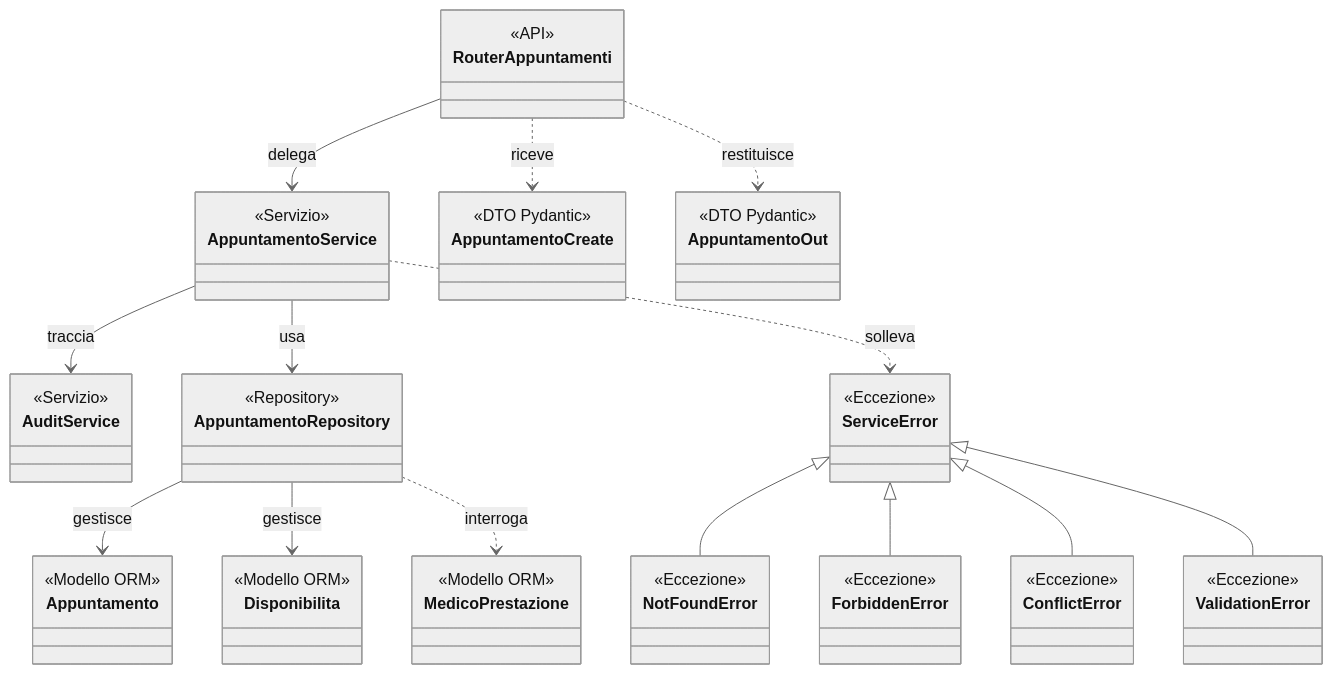
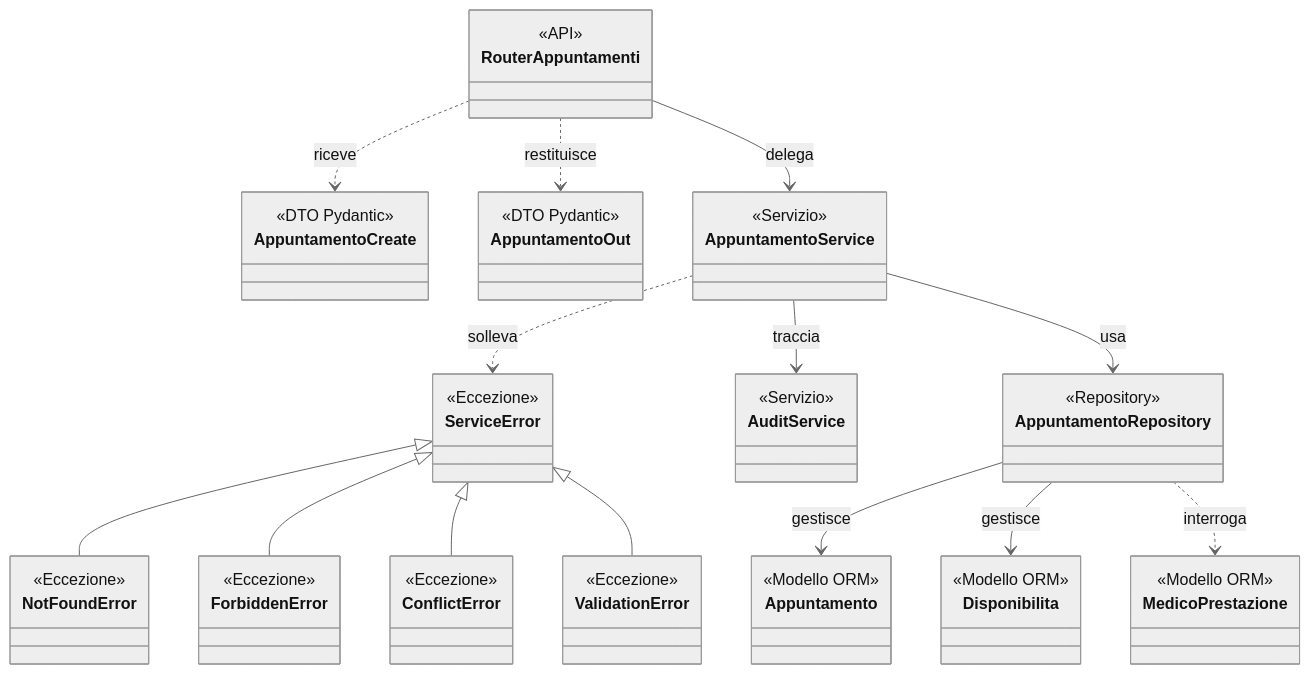
The first of 2 diagrams in poliambulatorio-prenotazioni/docs/classi-prenotazione.md (giovannicarrino-2802/PW16), drawn with Mermaid (neutral theme) before and after one commit. The commit also changed other lines of this file, not shown here.

````diff
--- a/poliambulatorio-prenotazioni/docs/classi-prenotazione.md
+++ b/poliambulatorio-prenotazioni/docs/classi-prenotazione.md
@@ -7,64 +8,64 @@
 ```mermaid
 classDiagram
     direction TB
 
-    class RouterAppuntamenti {
-        <<API>>
-    }
-    class AppuntamentoService {
-        <<Servizio>>
-    }
-    class AuditService {
-        <<Servizio>>
-    }
-    class AppuntamentoRepository {
-        <<Repository>>
-    }
     class AppuntamentoCreate {
         <<DTO Pydantic>>
     }
     class AppuntamentoOut {
         <<DTO Pydantic>>
     }
-    class Appuntamento {
-        <<Modello ORM>>
+    class RouterAppuntamenti {
+        <<API>>
     }
-    class Disponibilita {
-        <<Modello ORM>>
-    }
-    class MedicoPrestazione {
-        <<Modello ORM>>
+    class AppuntamentoService {
+        <<Servizio>>
     }
     class ServiceError {
         <<Eccezione>>
     }
     class NotFoundError {
         <<Eccezione>>
     }
     class ForbiddenError {
         <<Eccezione>>
     }
     class ConflictError {
         <<Eccezione>>
     }
     class ValidationError {
         <<Eccezione>>
     }
+    class AuditService {
+        <<Servizio>>
+    }
+    class AppuntamentoRepository {
+        <<Repository>>
+    }
+    class Appuntamento {
+        <<Modello ORM>>
+    }
+    class Disponibilita {
+        <<Modello ORM>>
+    }
+    class MedicoPrestazione {
+        <<Modello ORM>>
+    }
 
-    RouterAppuntamenti --> AppuntamentoService : delega
     RouterAppuntamenti ..> AppuntamentoCreate : riceve
     RouterAppuntamenti ..> AppuntamentoOut : restituisce
+    RouterAppuntamenti --> AppuntamentoService : delega
 
+    AppuntamentoService ..> ServiceError : solleva
+    AppuntamentoService --> AuditService : traccia
     AppuntamentoService --> AppuntamentoRepository : usa
-    AppuntamentoService --> AuditService : traccia
-    AppuntamentoService ..> ServiceError : solleva
-
-    AppuntamentoRepository --> Appuntamento : gestisce
-    AppuntamentoRepository --> Disponibilita : gestisce
-    AppuntamentoRepository ..> MedicoPrestazione : interroga
 
     ServiceError <|-- NotFoundError
     ServiceError <|-- ForbiddenError
     ServiceError <|-- ConflictError
     ServiceError <|-- ValidationError
+
+    AppuntamentoRepository --> Appuntamento : gestisce
+    AppuntamentoRepository --> Disponibilita : gestisce
+    AppuntamentoRepository ..> MedicoPrestazione : interroga
 ```
````
